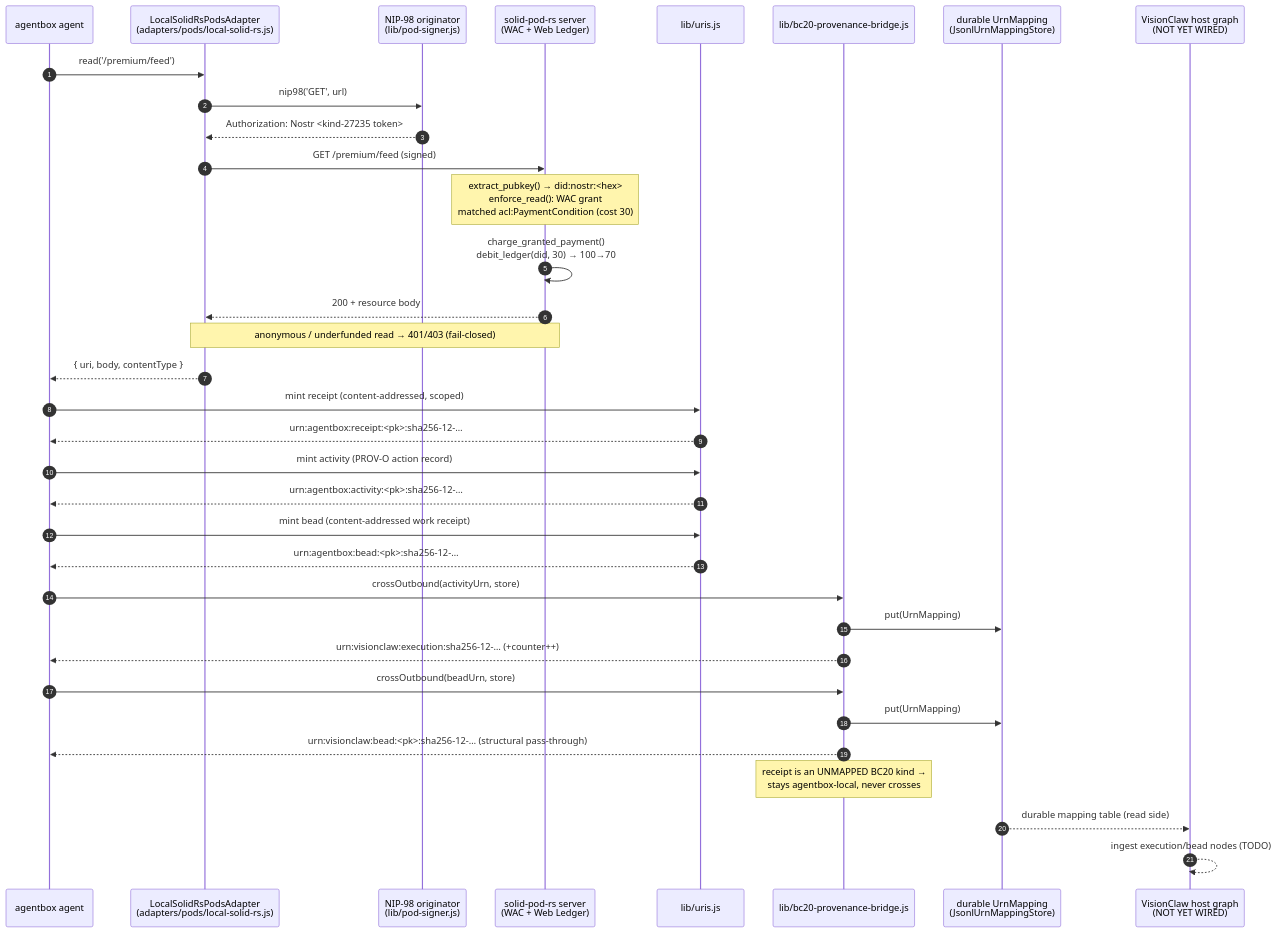
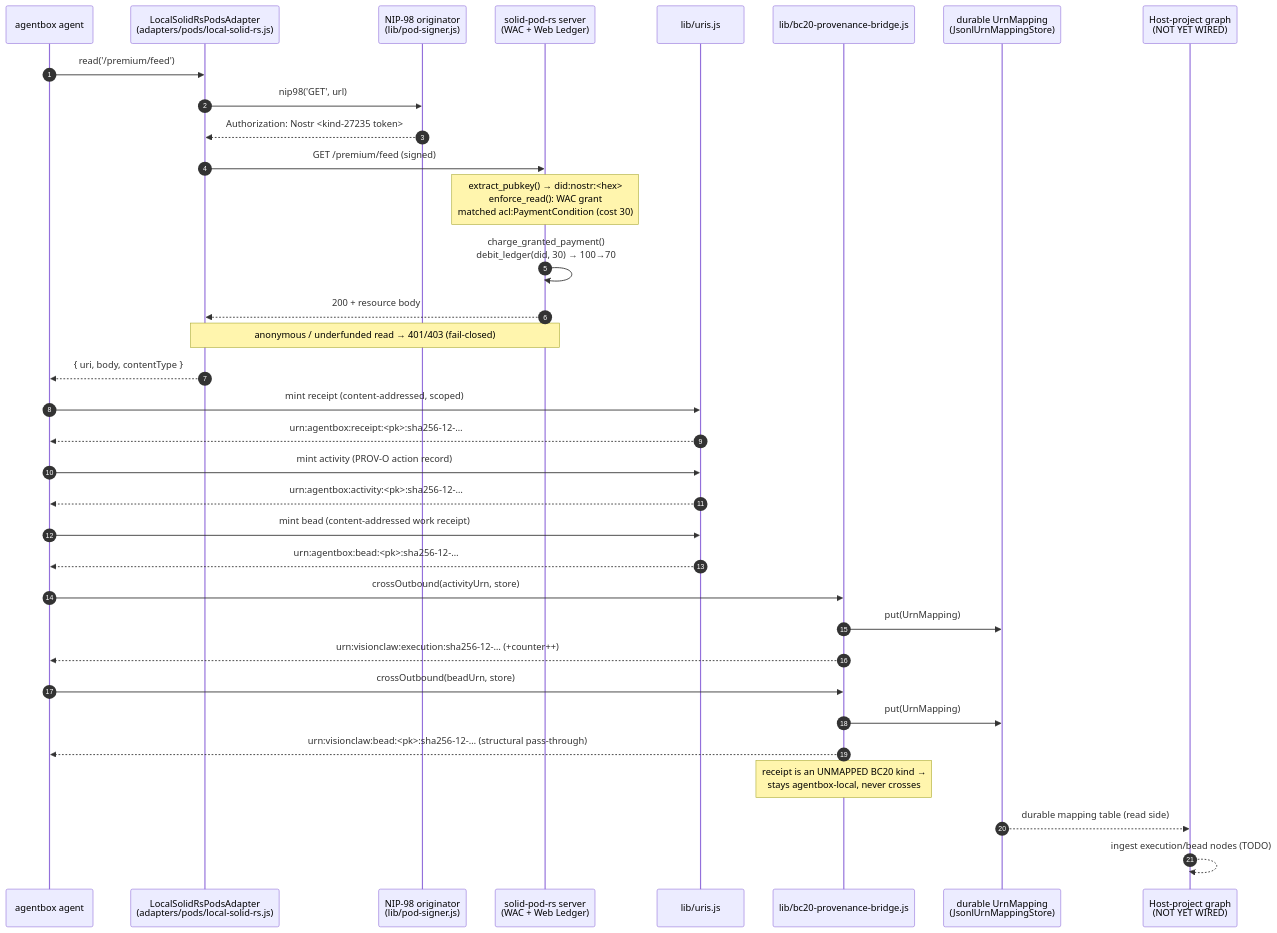
The first of 2 diagrams in docs/developer/economy-loop.md (DreamLab-AI/agentbox), drawn with Mermaid before and after one commit. The commit also changed other lines of this file and 35 other files, not shown here.

````diff
--- a/docs/developer/economy-loop.md
+++ b/docs/developer/economy-loop.md
@@ -27,40 +27,40 @@
 ```mermaid
 sequenceDiagram
     autonumber
     participant Agent as agentbox agent
     participant Adapter as LocalSolidRsPodsAdapter<br/>(adapters/pods/local-solid-rs.js)
     participant Signer as NIP-98 originator<br/>(lib/pod-signer.js)
     participant Pod as solid-pod-rs server<br/>(WAC + Web Ledger)
     participant URIs as lib/uris.js
     participant BC20 as lib/bc20-provenance-bridge.js
     participant Store as durable UrnMapping<br/>(JsonlUrnMappingStore)
-    participant Host as VisionClaw host graph<br/>(NOT YET WIRED)
+    participant Host as Host-project graph<br/>(NOT YET WIRED)
 
     Agent->>Adapter: read('/premium/feed')
     Adapter->>Signer: nip98('GET', url)
     Signer-->>Adapter: Authorization: Nostr <kind-27235 token>
     Adapter->>Pod: GET /premium/feed  (signed)
     Note over Pod: extract_pubkey() → did:nostr:<hex><br/>enforce_read(): WAC grant<br/>matched acl:PaymentCondition (cost 30)
     Pod->>Pod: charge_granted_payment()<br/>debit_ledger(did, 30)  → 100→70
     Pod-->>Adapter: 200 + resource body
     Note over Pod,Adapter: anonymous / underfunded read → 401/403 (fail-closed)
 
     Adapter-->>Agent: { uri, body, contentType }
     Agent->>URIs: mint receipt (content-addressed, scoped)
     URIs-->>Agent: urn:agentbox:receipt:<pk>:sha256-12-…
     Agent->>URIs: mint activity (PROV-O action record)
     URIs-->>Agent: urn:agentbox:activity:<pk>:sha256-12-…
     Agent->>URIs: mint bead (content-addressed work receipt)
     URIs-->>Agent: urn:agentbox:bead:<pk>:sha256-12-…
 
     Agent->>BC20: crossOutbound(activityUrn, store)
     BC20->>Store: put(UrnMapping)
     BC20-->>Agent: urn:visionclaw:execution:sha256-12-…  (+counter++)
     Agent->>BC20: crossOutbound(beadUrn, store)
     BC20->>Store: put(UrnMapping)
     BC20-->>Agent: urn:visionclaw:bead:<pk>:sha256-12-…  (structural pass-through)
     Note over BC20: receipt is an UNMAPPED BC20 kind →<br/>stays agentbox-local, never crosses
 
     Store-->>Host: durable mapping table (read side)
     Host-->>Host: ingest execution/bead nodes (TODO)
 ```
````
